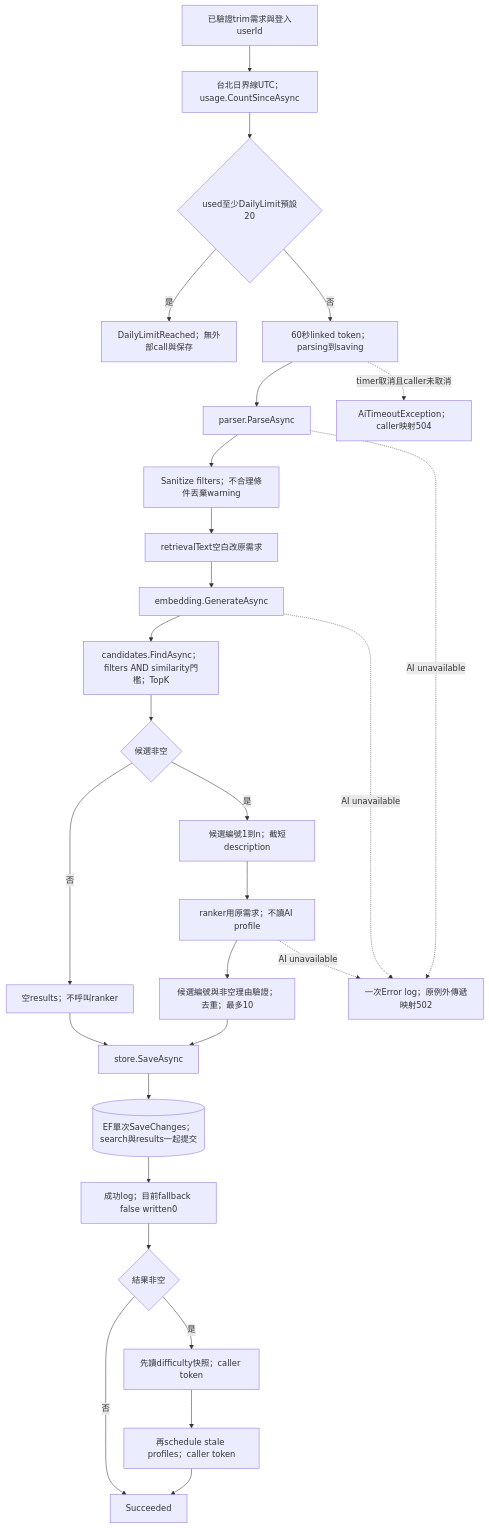
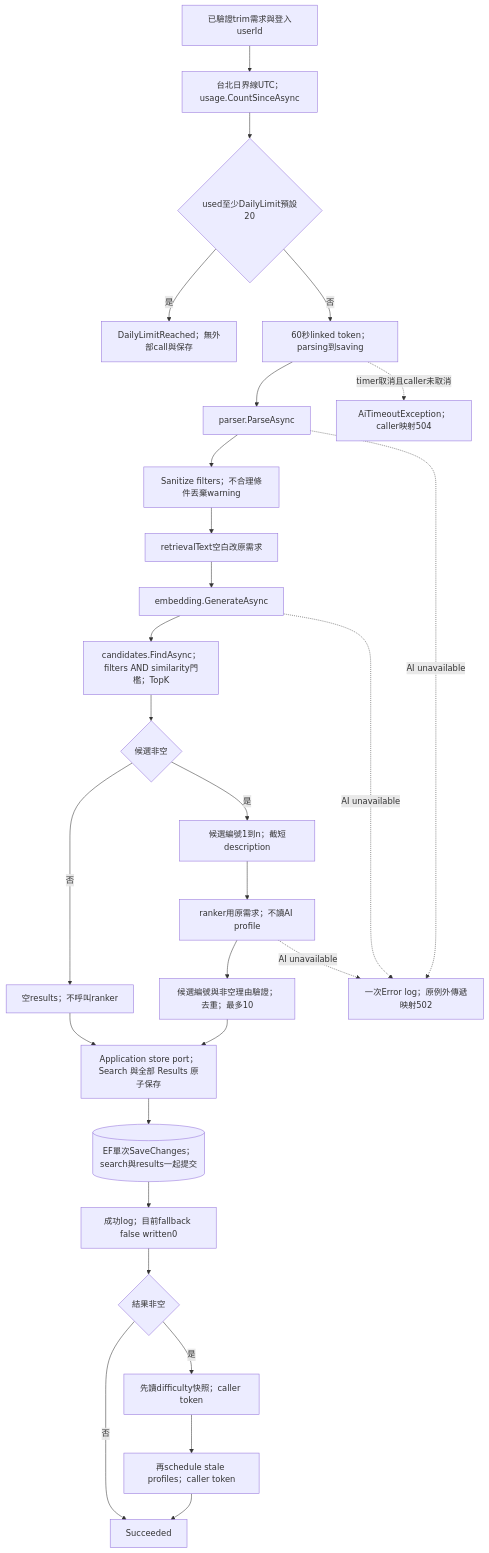
Before and after one commit to Arthur801/Book-Finder: the fifth of 7 diagrams in Application/docs/workflow-diagram.md, drawn with Mermaid. The commit also changed other lines of this file and 3 other files, not shown here.

````diff
--- a/Application/docs/workflow-diagram.md
+++ b/Application/docs/workflow-diagram.md
@@ -106,30 +106,30 @@
 ```mermaid
 flowchart TD
   IN[已驗證trim需求與登入userId] --> DAY[台北日界線UTC；usage.CountSinceAsync]
   DAY --> LIMIT{used至少DailyLimit預設20}
   LIMIT -->|是| STOP[DailyLimitReached；無外部call與保存]
   LIMIT -->|否| TIMER[60秒linked token；parsing到saving]
   TIMER --> PARSE[parser.ParseAsync]
   PARSE --> SAN[Sanitize filters；不合理條件丟棄warning]
   SAN --> TEXT[retrievalText空白改原需求]
   TEXT --> EMB[embedding.GenerateAsync]
   EMB --> FIND[candidates.FindAsync；filters AND similarity門檻；TopK]
   FIND --> HAS{候選非空}
   HAS -->|否| EMPTY[空results；不呼叫ranker]
   HAS -->|是| NUM[候選編號1到n；截短description]
   NUM --> RANK[ranker用原需求；不讀AI profile]
   RANK --> VALIDATE[候選編號與非空理由驗證；去重；最多10]
-  VALIDATE --> SAVE[store.SaveAsync]
+  VALIDATE --> SAVE[Application store port；Search 與全部 Results 原子保存]
   EMPTY --> SAVE
   SAVE --> DB[(EF單次SaveChanges；search與results一起提交)]
   DB --> LOG[成功log；目前fallback false written0]
   LOG --> ANY{結果非空}
   ANY -->|否| DONE[Succeeded]
   ANY -->|是| DIFF[先讀difficulty快照；caller token]
   DIFF --> QUEUE[再schedule stale profiles；caller token]
   QUEUE --> DONE
   TIMER -. timer取消且caller未取消 .-> TIMEOUT[AiTimeoutException；caller映射504]
   PARSE -. AI unavailable .-> ERROR[一次Error log；原例外傳遞映射502]
   EMB -. AI unavailable .-> ERROR
   RANK -. AI unavailable .-> ERROR
 ```
````
